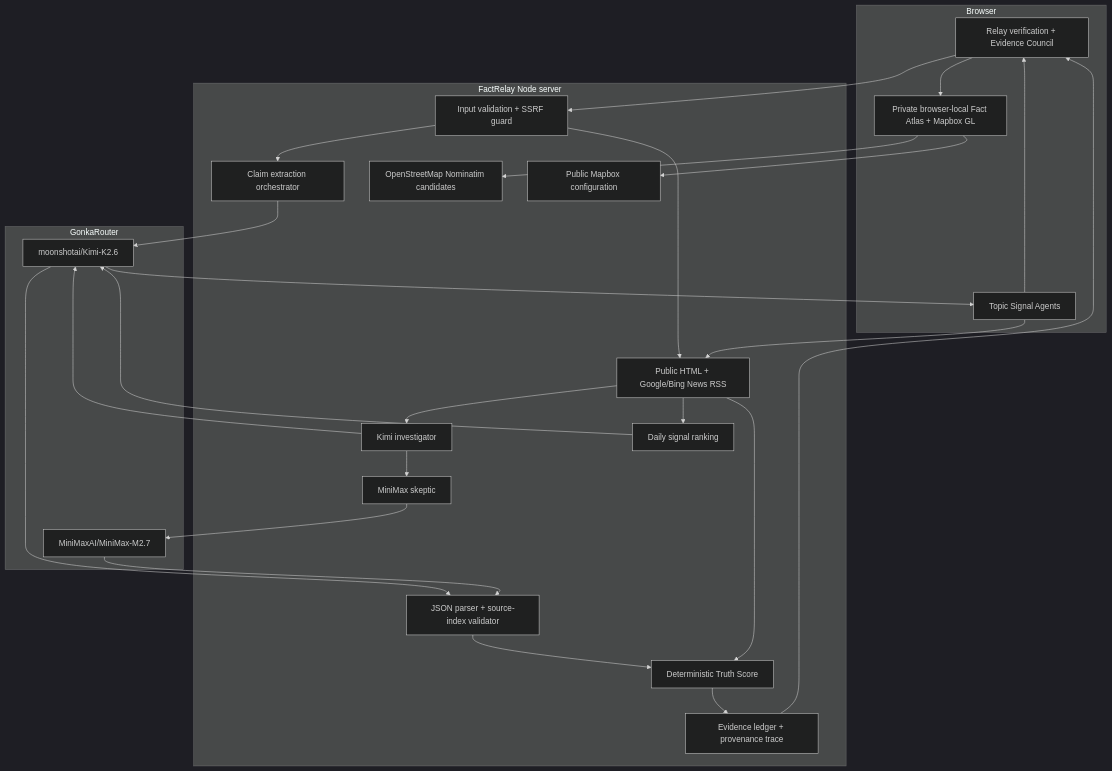
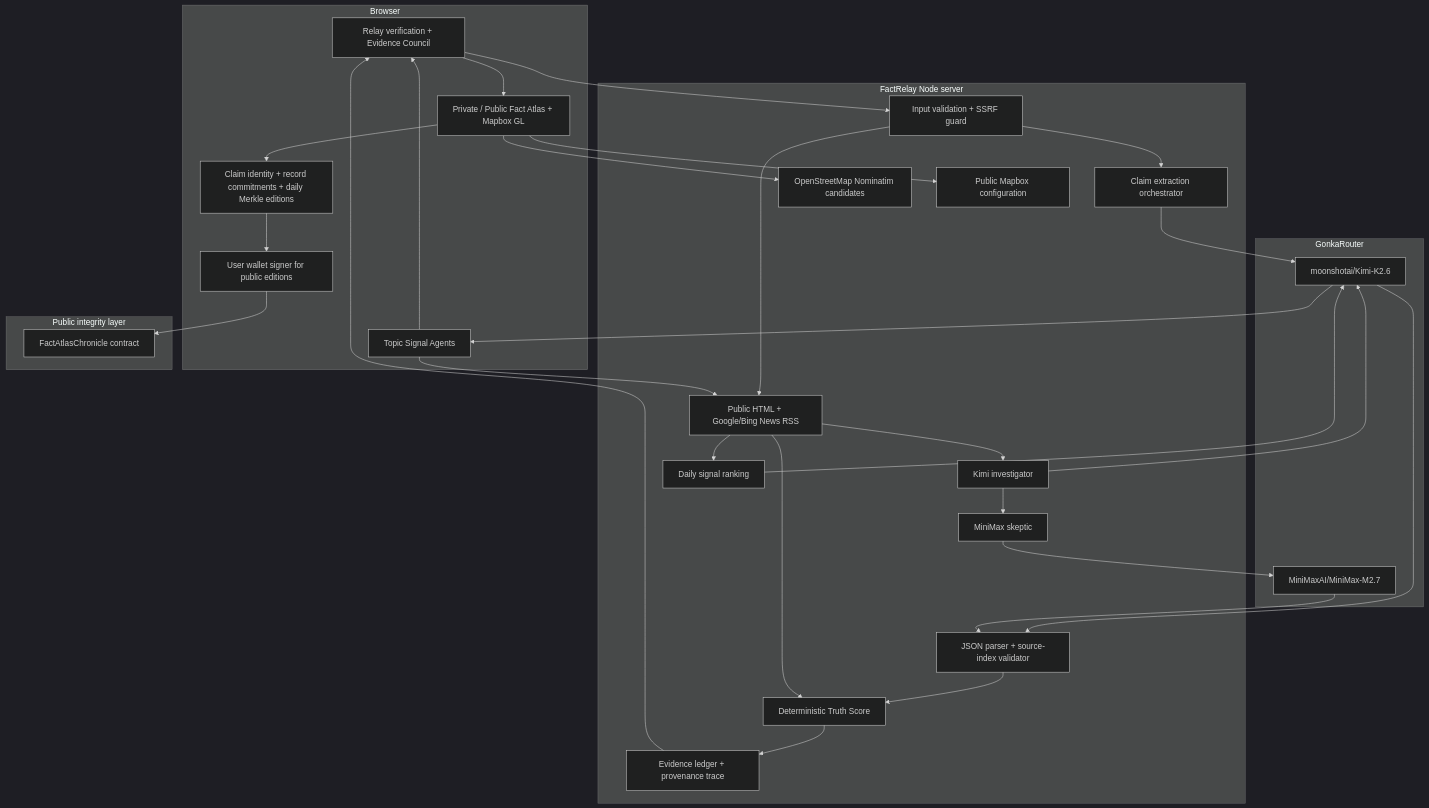
Before and after one commit to narratorzhang0307/Fact-Atlas: the first of 2 diagrams in docs/ARCHITECTURE.md, drawn with Mermaid (dark theme). The commit also changed other lines of this file and 4 other files, not shown here.

Commit message:
docs: make the knowledge DApp architecture explicit

````diff
--- a/docs/ARCHITECTURE.md
+++ b/docs/ARCHITECTURE.md
@@ -16,50 +16,59 @@
 ```mermaid
 flowchart TB
     subgraph Browser[Browser]
         Relay[Relay verification + Evidence Council]
-        Atlas[Private browser-local Fact Atlas + Mapbox GL]
+        Atlas[Private / Public Fact Atlas + Mapbox GL]
         Signals[Topic Signal Agents]
+        Commit[Claim identity + record commitments + daily Merkle editions]
+        Wallet[User wallet signer for public editions]
     end
 
     subgraph Server[FactRelay Node server]
         Guard[Input validation + SSRF guard]
         Extract[Claim extraction orchestrator]
         Retrieve[Public HTML + Google/Bing News RSS]
         Kimi[Kimi investigator]
         MiniMax[MiniMax skeptic]
         Normalize[JSON parser + source-index validator]
         Score[Deterministic Truth Score]
         Report[Evidence ledger + provenance trace]
         Rank[Daily signal ranking]
         Geocode[OpenStreetMap Nominatim candidates]
         MapConfig[Public Mapbox configuration]
     end
 
     subgraph Gonka[GonkaRouter]
         K2[moonshotai/Kimi-K2.6]
         M2[MiniMaxAI/MiniMax-M2.7]
     end
 
+    subgraph EVM[Public integrity layer]
+        Chronicle[FactAtlasChronicle contract]
+    end
+
     Relay --> Guard
     Guard --> Extract
     Guard --> Retrieve
     Extract --> K2
     Retrieve --> Kimi
     Kimi --> K2
     Kimi --> MiniMax
     MiniMax --> M2
     K2 --> Normalize
     M2 --> Normalize
     Normalize --> Score
     Retrieve --> Score
     Score --> Report
     Report --> Relay
     Relay --> Atlas
+    Atlas --> Commit
+    Commit --> Wallet
+    Wallet --> Chronicle
     Signals --> Retrieve
     Retrieve --> Rank
     Rank --> K2
     K2 --> Signals
     Signals --> Relay
     Atlas --> Geocode
     Atlas --> MapConfig
 ```
````
